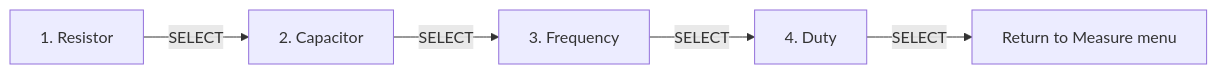
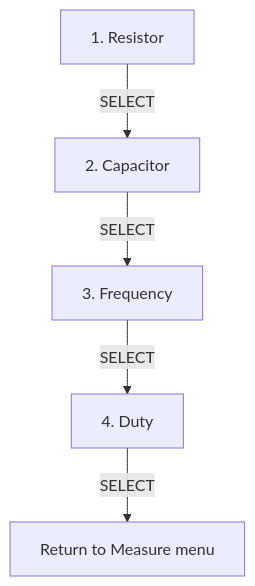
Before and after one commit to haikevins/Multimeter_Project: diagram 11 of 21 in README.md, drawn with Mermaid. The commit also changed other lines of this file, not shown here.

````diff
--- a/README.md
+++ b/README.md
@@ -689,7 +710,7 @@
 ```mermaid
-flowchart LR
+flowchart TB
     R["1. Resistor"] -->|"SELECT"| C["2. Capacitor"]
     C -->|"SELECT"| F["3. Frequency"]
     F -->|"SELECT"| D["4. Duty"]
     D -->|"SELECT"| BACK["Return to Measure menu"]
 ```
````
